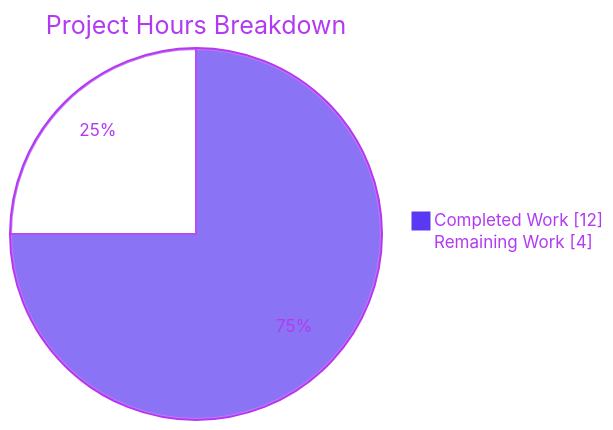
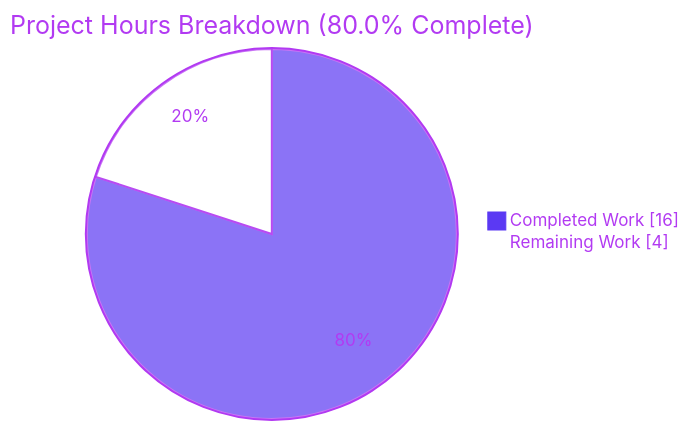
The second of 3 diagrams in blitzy/documentation/Project Guide.md (lakshya-blitzy/empty_repo_to_push_new_prod_code_3009_alreadyused), drawn with Mermaid before and after one commit. The commit also changed other lines of this file, not shown here.

Commit message:
Adding Blitzy Project Guide: Project Status and Human Tasks Remaining

````diff
--- a/blitzy/documentation/Project Guide.md
+++ b/blitzy/documentation/Project Guide.md
@@ -185,6 +195,6 @@
 ```mermaid
-%%{init: {'theme':'base','themeVariables':{'pie1':'#5B39F3','pie2':'#FFFFFF','pieStrokeColor':'#B23AF2','pieOuterStrokeColor':'#B23AF2','pieTitleTextColor':'#B23AF2','pieSectionTextColor':'#B23AF2','pieLegendTextColor':'#B23AF2'}}}%%
-pie showData title Project Hours Breakdown
-    "Completed Work" : 12
+%%{init: {'theme':'base', 'themeVariables': {'pie1':'#5B39F3', 'pie2':'#FFFFFF', 'pieStrokeColor':'#B23AF2', 'pieOuterStrokeColor':'#B23AF2', 'pieTitleTextColor':'#B23AF2', 'pieSectionTextColor':'#B23AF2', 'pieLegendTextColor':'#B23AF2', 'pieStrokeWidth':'2px'}}}%%
+pie showData title Project Hours Breakdown (80.0% Complete)
+    "Completed Work" : 16
     "Remaining Work" : 4
 ```
````
